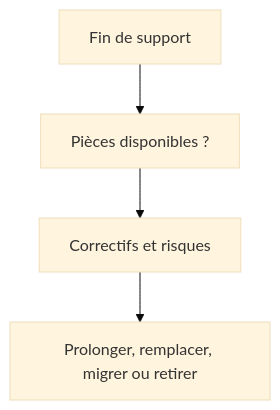
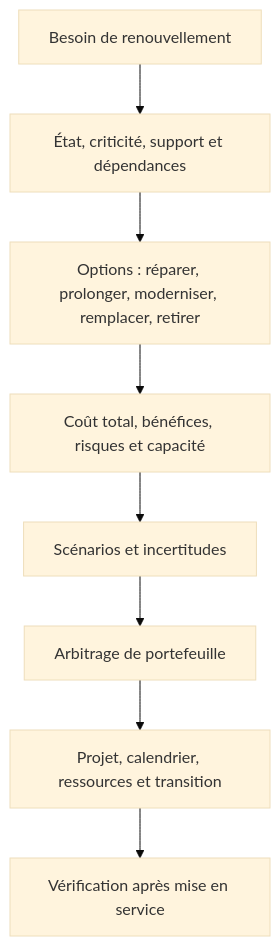
The seventh of 12 diagrams in content/lessons/maint-strategie-expert.md (biggyseven/Skill-Tree), drawn with Mermaid (base theme) before and after one commit. The commit also changed other lines of this file, not shown here.

```diff
--- a/content/lessons/maint-strategie-expert.md
+++ b/content/lessons/maint-strategie-expert.md
@@ -98,6 +143,10 @@
 ~~~mermaid
 flowchart TD
-  A[Fin de support] --> B[Pièces disponibles ?]
-  B --> C[Correctifs et risques]
-  C --> D[Prolonger, remplacer, migrer ou retirer]
+  A["Besoin de renouvellement"] --> B["État, criticité, support et dépendances"]
+  B --> C["Options : réparer, prolonger, moderniser, remplacer, retirer"]
+  C --> D["Coût total, bénéfices, risques et capacité"]
+  D --> E["Scénarios et incertitudes"]
+  E --> F["Arbitrage de portefeuille"]
+  F --> G["Projet, calendrier, ressources et transition"]
+  G --> H["Vérification après mise en service"]
 ~~~
```
